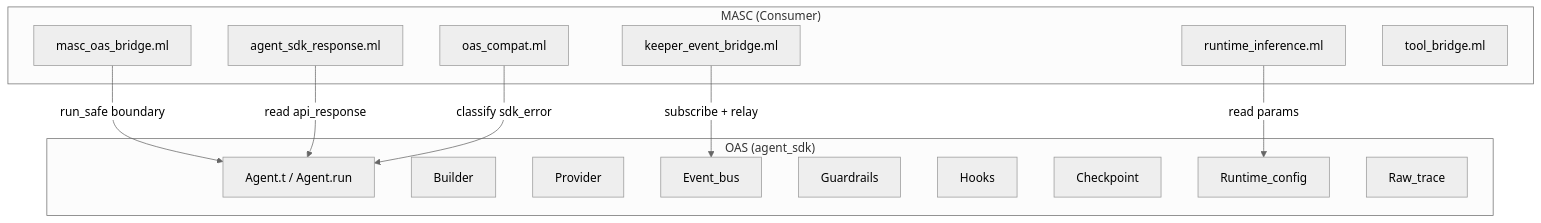
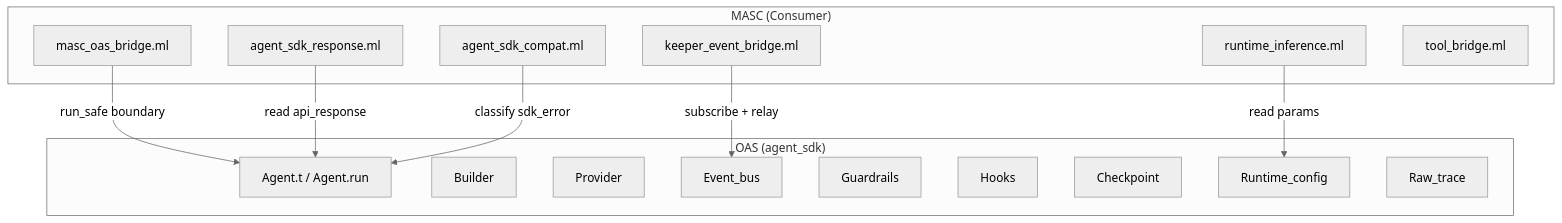
One commit to jeong-sik/masc changed the diagram in docs/spec/13-oas-integration.md. Above: the diagram before and after it, drawn with Mermaid (neutral theme). The commit also changed other lines of this file and 1 other file, not shown here.

First line of the commit message:
docs: point the OAS boundary docs at the renamed module

````diff
--- a/docs/spec/13-oas-integration.md
+++ b/docs/spec/13-oas-integration.md
@@ -54,27 +54,27 @@
 ```mermaid
 graph TB
   subgraph "MASC (Consumer)"
     KEB[keeper_event_bridge.ml]
     ASR[agent_sdk_response.ml]
     MOB[masc_oas_bridge.ml]
-    OC[oas_compat.ml]
+    OC[agent_sdk_compat.ml]
     CI[runtime_inference.ml]
     TB[tool_bridge.ml]
   end
   subgraph "OAS (agent_sdk)"
     AG[Agent.t / Agent.run]
     BU[Builder]
     PR[Provider]
     EB[Event_bus]
     GR[Guardrails]
     HK[Hooks]
     CK[Checkpoint]
     CC2[Runtime_config]
     RT[Raw_trace]
   end
   MOB -->|"run_safe boundary"| AG
   KEB -->|"subscribe + relay"| EB
   ASR -->|"read api_response"| AG
   OC -->|"classify sdk_error"| AG
   CI -->|"read params"| CC2
 ```
````
